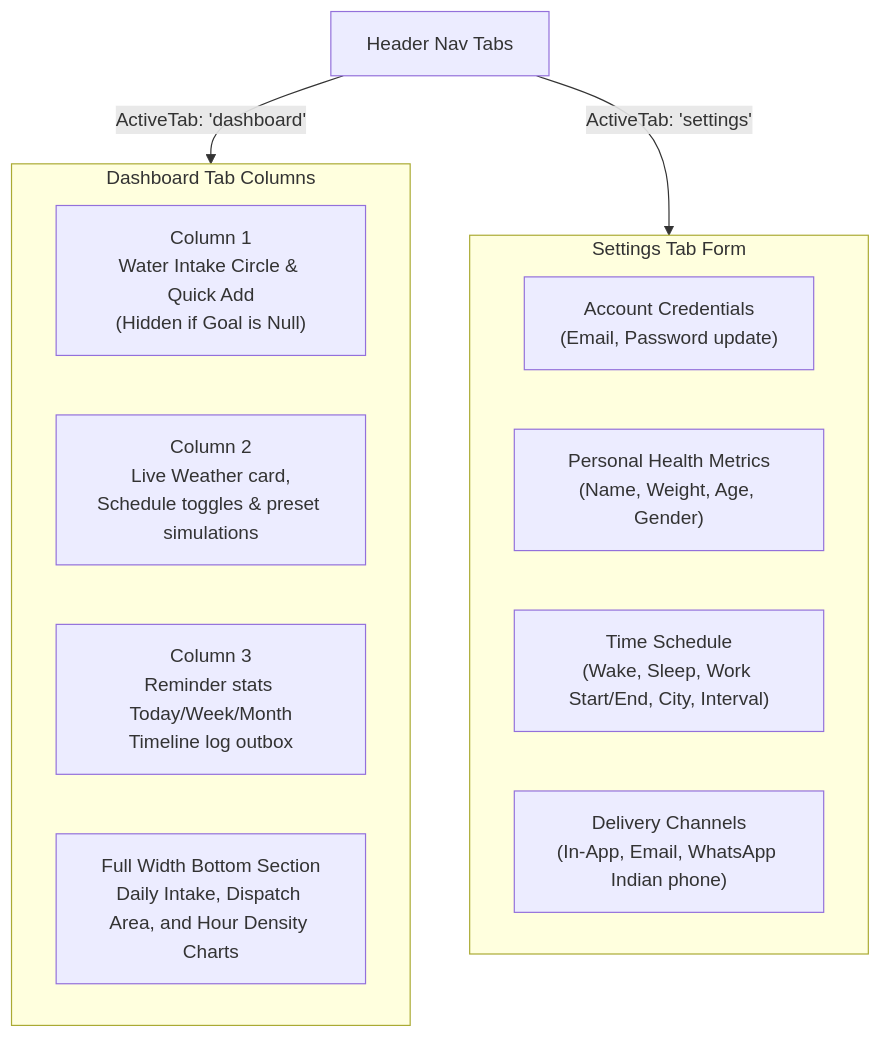
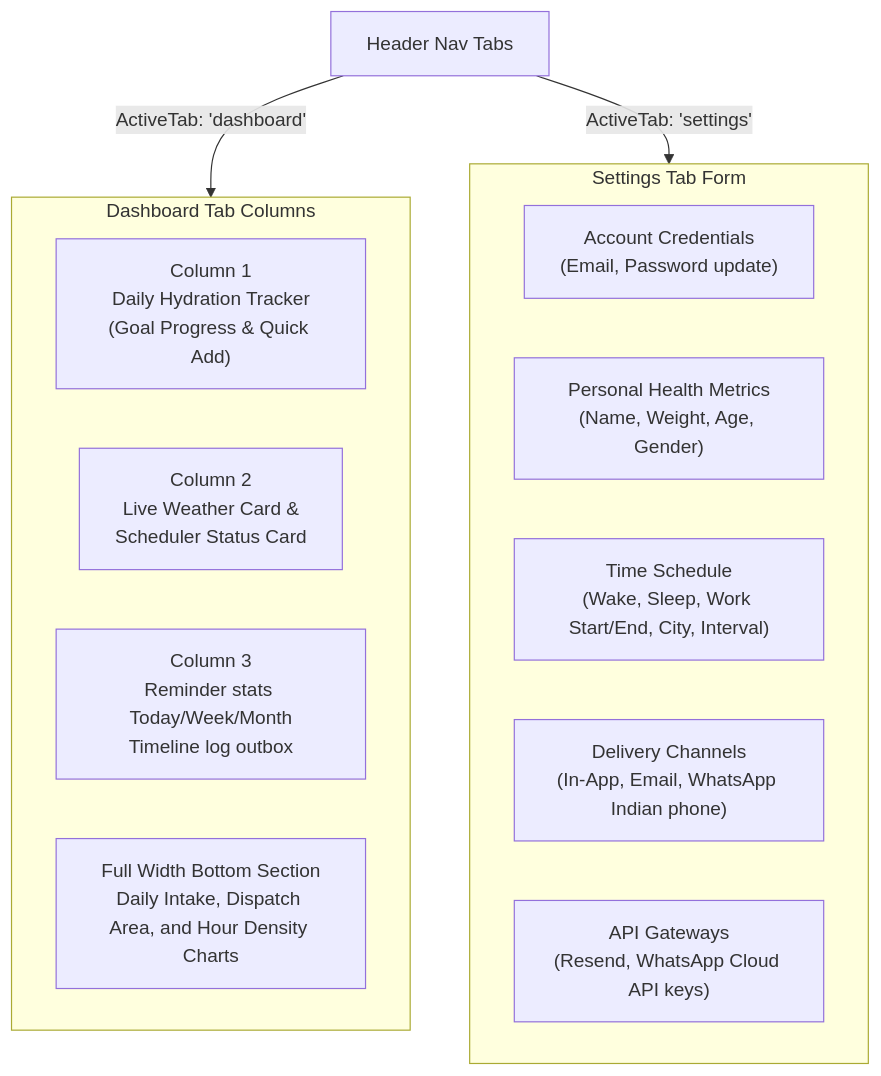
Before and after one commit to ramalokeshreddyp/hydrosmart-ai: the second of 4 diagrams in architecture.md, drawn with Mermaid. The commit also changed other lines of this file and 1 other file, not shown here.

Commit message:
docs: update architecture and project docs to reflect new schedules and gateways

````diff
--- a/architecture.md
+++ b/architecture.md
@@ -85,19 +85,20 @@
 ```mermaid
 graph TD
     Nav[Header Nav Tabs] -->|ActiveTab: 'dashboard'| DashView[Dashboard Grid View]
     Nav -->|ActiveTab: 'settings'| SettingsView[Settings View Page]
     
     subgraph DashView["Dashboard Tab Columns"]
-        Col1["Column 1<br/>Water Intake Circle & Quick Add<br/>(Hidden if Goal is Null)"]
-        Col2["Column 2<br/>Live Weather card,<br/>Schedule toggles & preset simulations"]
+        Col1["Column 1<br/>Daily Hydration Tracker<br/>(Goal Progress & Quick Add)"]
+        Col2["Column 2<br/>Live Weather Card &<br/>Scheduler Status Card"]
         Col3["Column 3<br/>Reminder stats Today/Week/Month<br/>Timeline log outbox"]
         Bottom["Full Width Bottom Section<br/>Daily Intake, Dispatch Area, and Hour Density Charts"]
     end
     
     subgraph SettingsView["Settings Tab Form"]
         Account["Account Credentials<br/>(Email, Password update)"]
         Health["Personal Health Metrics<br/>(Name, Weight, Age, Gender)"]
         Schedule["Time Schedule<br/>(Wake, Sleep, Work Start/End, City, Interval)"]
         Channels["Delivery Channels<br/>(In-App, Email, WhatsApp Indian phone)"]
+        Gateways["API Gateways<br/>(Resend, WhatsApp Cloud API keys)"]
     end
 ```
````
